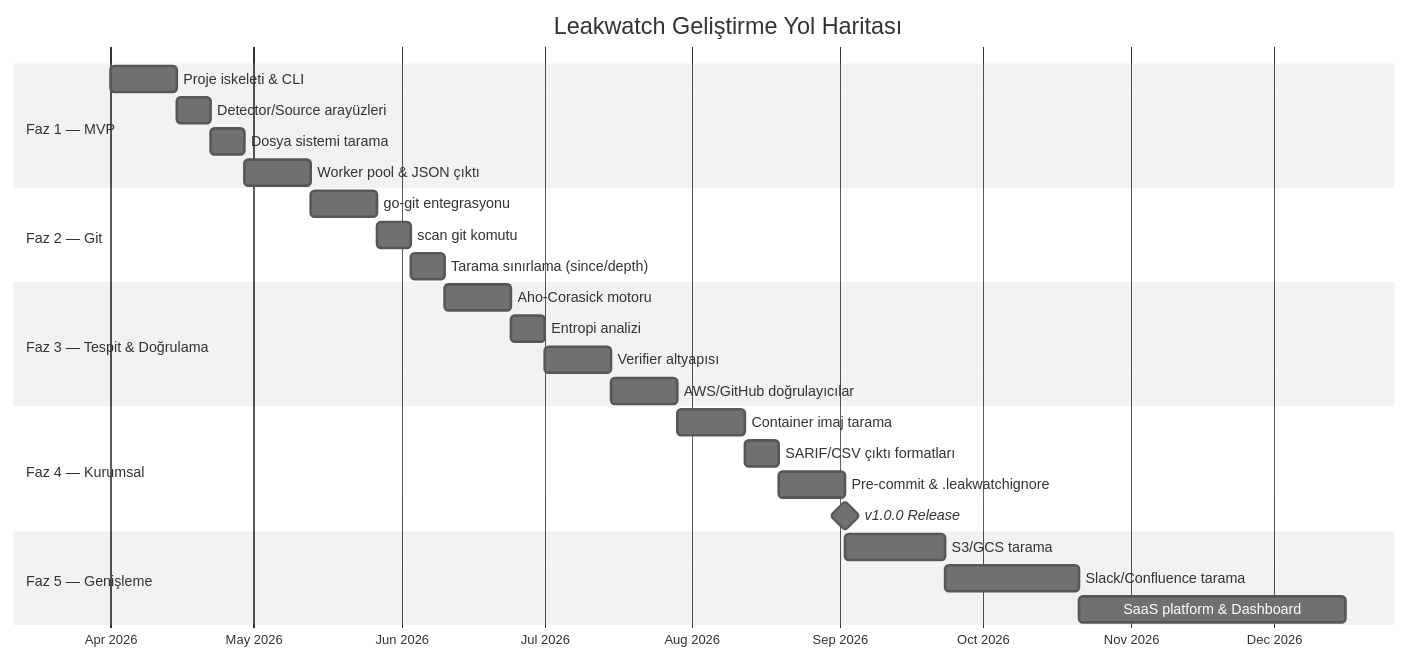
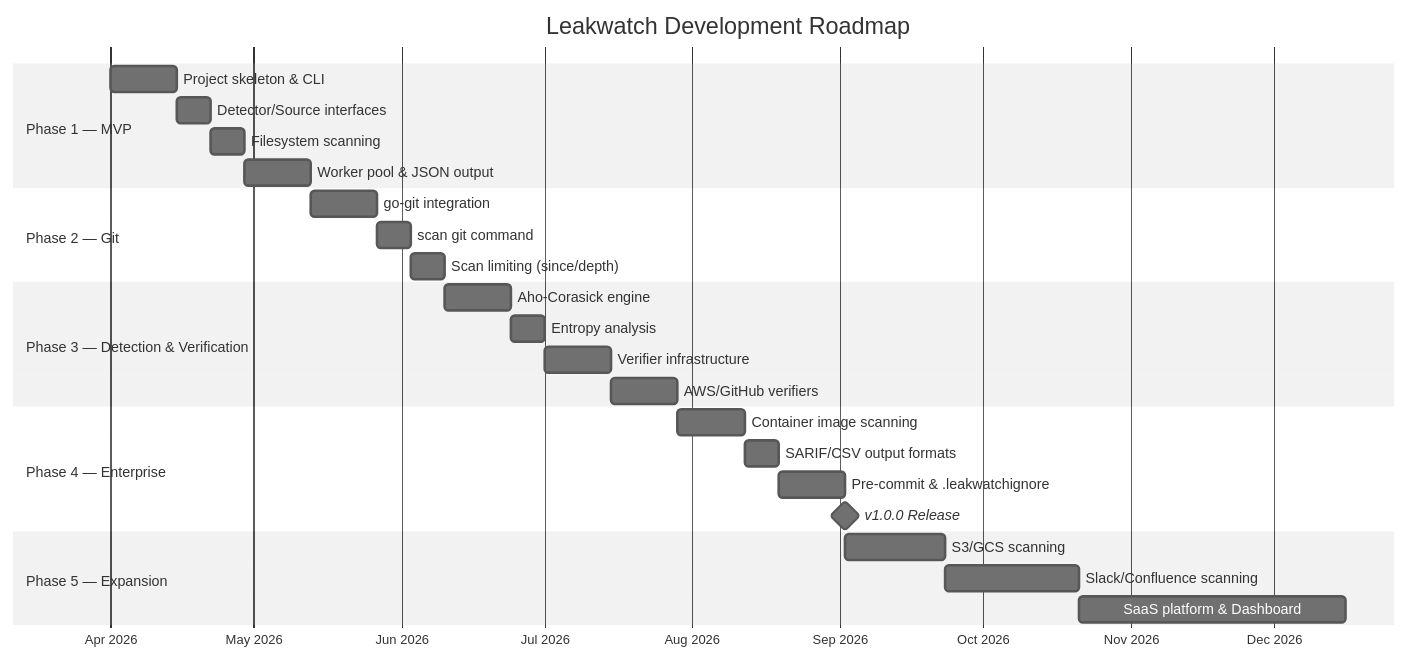
One commit to actions-marketplace-validations/HodeTech_Leakwatch changed the diagram in docs/05-ROADMAP.md. Above: the diagram before and after it, drawn with Mermaid (neutral theme). The commit also changed other lines of this file and 44 other files, not shown here.

````diff
--- a/docs/05-ROADMAP.md
+++ b/docs/05-ROADMAP.md
@@ -40,34 +40,34 @@
 ```mermaid
 gantt
-    title Leakwatch Geliştirme Yol Haritası
+    title Leakwatch Development Roadmap
     dateFormat YYYY-MM-DD
     axisFormat %b %Y
 
-    section Faz 1 — MVP
-        Proje iskeleti & CLI          :f1a, 2026-04-01, 2w
-        Detector/Source arayüzleri     :f1b, after f1a, 1w
-        Dosya sistemi tarama           :f1c, after f1b, 1w
-        Worker pool & JSON çıktı       :f1d, after f1c, 2w
+    section Phase 1 — MVP
+        Project skeleton & CLI          :f1a, 2026-04-01, 2w
+        Detector/Source interfaces      :f1b, after f1a, 1w
+        Filesystem scanning             :f1c, after f1b, 1w
+        Worker pool & JSON output       :f1d, after f1c, 2w
 
-    section Faz 2 — Git
-        go-git entegrasyonu            :f2a, after f1d, 2w
-        scan git komutu                :f2b, after f2a, 1w
-        Tarama sınırlama (since/depth) :f2c, after f2b, 1w
+    section Phase 2 — Git
+        go-git integration              :f2a, after f1d, 2w
+        scan git command                :f2b, after f2a, 1w
+        Scan limiting (since/depth)     :f2c, after f2b, 1w
 
-    section Faz 3 — Tespit & Doğrulama
-        Aho-Corasick motoru            :f3a, after f2c, 2w
-        Entropi analizi                :f3b, after f3a, 1w
-        Verifier altyapısı             :f3c, after f3b, 2w
-        AWS/GitHub doğrulayıcılar      :f3d, after f3c, 2w
+    section Phase 3 — Detection & Verification
+        Aho-Corasick engine             :f3a, after f2c, 2w
+        Entropy analysis                :f3b, after f3a, 1w
+        Verifier infrastructure         :f3c, after f3b, 2w
+        AWS/GitHub verifiers            :f3d, after f3c, 2w
 
-    section Faz 4 — Kurumsal
-        Container imaj tarama          :f4a, after f3d, 2w
-        SARIF/CSV çıktı formatları     :f4b, after f4a, 1w
-        Pre-commit & .leakwatchignore  :f4c, after f4b, 2w
-        v1.0.0 Release                 :milestone, after f4c, 0d
+    section Phase 4 — Enterprise
+        Container image scanning        :f4a, after f3d, 2w
+        SARIF/CSV output formats        :f4b, after f4a, 1w
+        Pre-commit & .leakwatchignore   :f4c, after f4b, 2w
+        v1.0.0 Release                  :milestone, after f4c, 0d
 
-    section Faz 5 — Genişleme
-        S3/GCS tarama                  :f5a, after f4c, 3w
-        Slack/Confluence tarama        :f5b, after f5a, 4w
-        SaaS platform & Dashboard      :f5c, after f5b, 8w
+    section Phase 5 — Expansion
+        S3/GCS scanning                 :f5a, after f4c, 3w
+        Slack/Confluence scanning       :f5b, after f5a, 4w
+        SaaS platform & Dashboard       :f5c, after f5b, 8w
 ```
````
